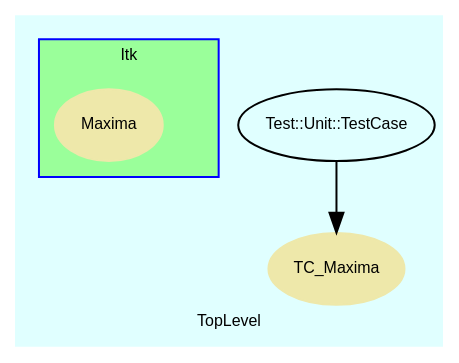
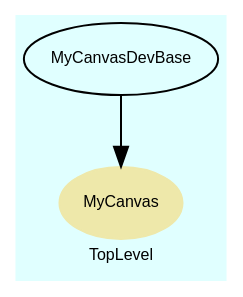
The diagram in doc/dot/f_4.dot (noda50/RubyItk), drawn with Graphviz before and after one commit. The commit also changed 380 other files, not shown here.

```diff
--- a/doc/dot/f_4.dot
+++ b/doc/dot/f_4.dot
@@ -1,56 +1,31 @@
 digraph TopLevel {
     compound = true
     fontname = Arial
+    label = "TopLevel"
     bgcolor = lightcyan1
     fontsize = 8
-    label = "TopLevel"
     node [
         color = black,
         fontname = Arial,
         fontsize = 8
     ]
 
-    subgraph cluster_Itk {
-        style = filled
-        fillcolor = palegreen1
-        color = blue
-        fontname = Arial
-        URL = "classes/Itk.html"
-        label = "Itk"
-        Itk [
-            shape = plaintext,
-            width = 0.01,
-            height = 0.01,
-            label = ""
-        ]
-
-        Itk__Maxima [
-            style = filled,
-            shape = ellipse,
-            color = palegoldenrod,
-            fontcolor = black,
-            URL = "classes/Itk/Maxima.html",
-            label = "Maxima"
-        ]
-
-    }
-
-    TC_Maxima [
+    MyCanvas [
+        color = palegoldenrod,
         style = filled,
+        fontcolor = black,
+        URL = "classes/MyCanvas.html",
         shape = ellipse,
-        color = palegoldenrod,
-        fontcolor = black,
-        URL = "classes/TC_Maxima.html",
-        label = "TC_Maxima"
+        label = "MyCanvas"
     ]
 
-    Test__Unit__TestCase [
-        URL = "classes/Test/Unit/TestCase.html",
-        label = "Test::Unit::TestCase"
+    MyCanvasDevBase [
+        URL = "classes/MyCanvasDevBase.html",
+        label = "MyCanvasDevBase"
     ]
 
-    Test__Unit__TestCase -> TC_Maxima [
+    MyCanvasDevBase -> MyCanvas [
 
     ]
 
 }
```
